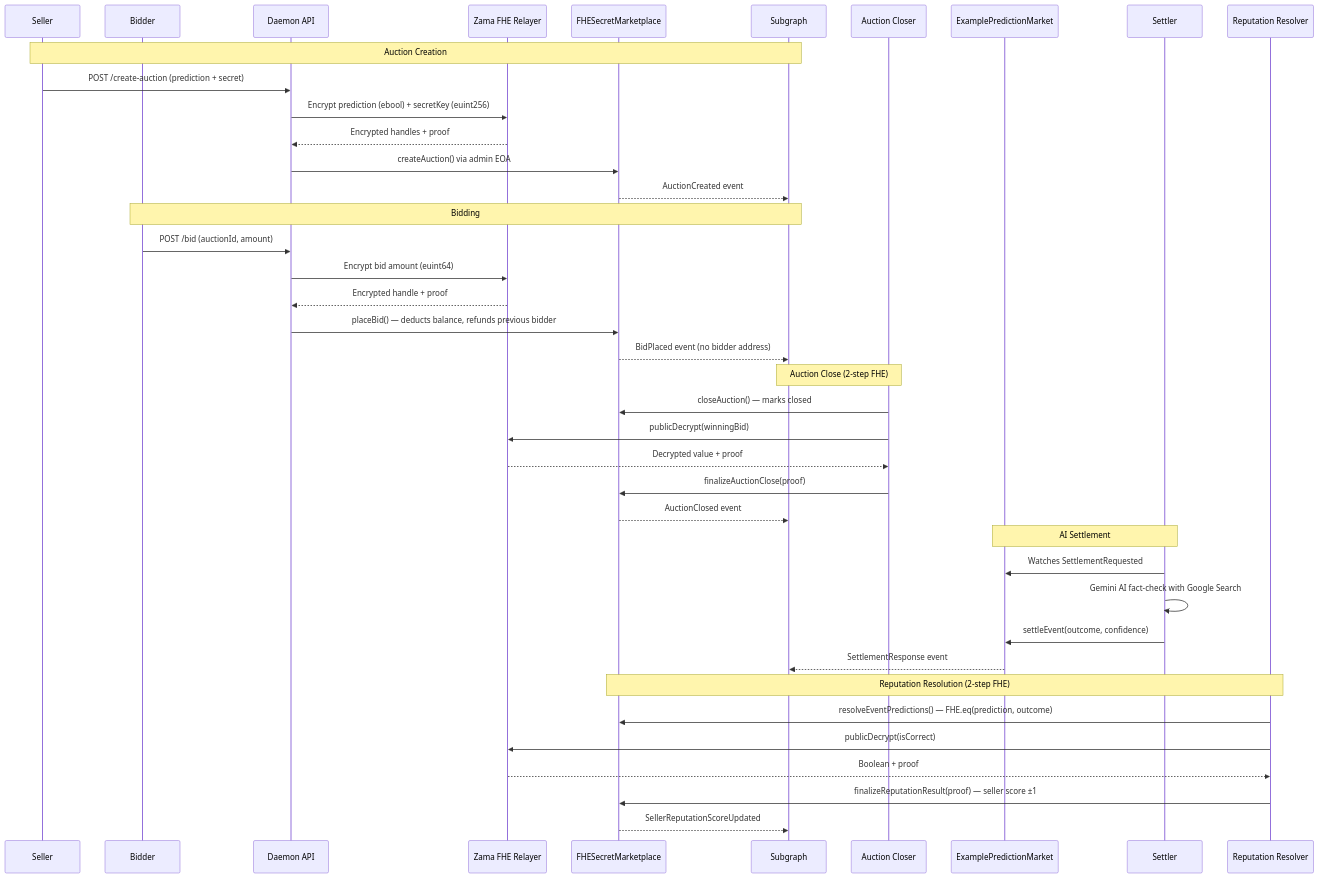
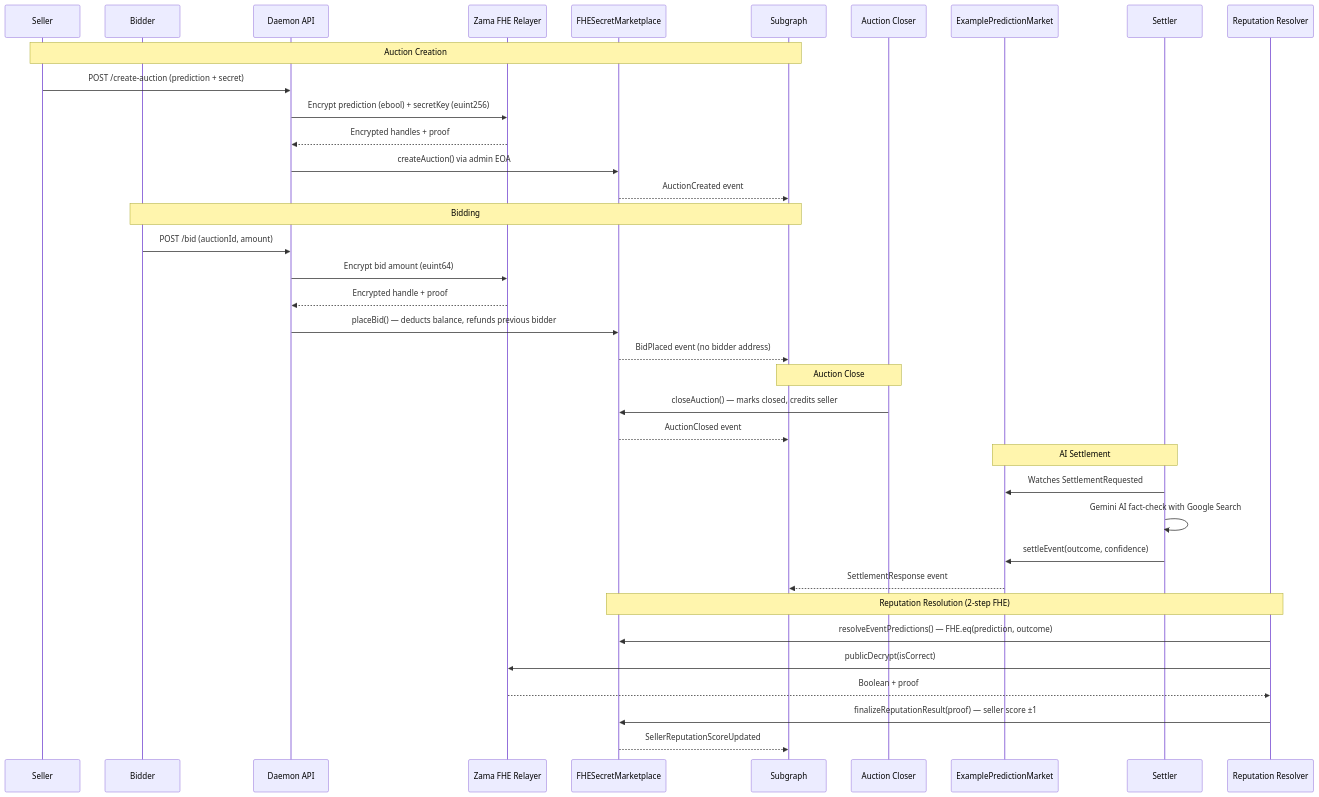
One commit to PL-Genesis-2026/insider-streams changed the second of 2 diagrams in README.md. Above: the diagram before and after it, drawn with Mermaid. The commit also changed other lines of this file, not shown here.

Commit message:
Fix auction closer diagram to match actual daemon behavior
The Auction Closer only calls closeAuction() — it does not perform
FHE decryption or call finalizeAuctionClose(). Remove the inaccurate
2-step FHE flow from both the architecture flowchart and sequence diagram.

````diff
--- a/README.md
+++ b/README.md
@@ -89,47 +88,44 @@
 ```mermaid
 sequenceDiagram
     participant Seller
     participant Bidder
     participant API as Daemon API
     participant FHE as Zama FHE Relayer
     participant MKT as FHESecretMarketplace
     participant SUB as Subgraph
     participant AC as Auction Closer
     participant PM as ExamplePredictionMarket
     participant STL as Settler
     participant RR as Reputation Resolver
 
     Note over Seller,SUB: Auction Creation
     Seller->>API: POST /create-auction (prediction + secret)
     API->>FHE: Encrypt prediction (ebool) + secretKey (euint256)
     FHE-->>API: Encrypted handles + proof
     API->>MKT: createAuction() via admin EOA
     MKT-->>SUB: AuctionCreated event
 
     Note over Bidder,SUB: Bidding
     Bidder->>API: POST /bid (auctionId, amount)
     API->>FHE: Encrypt bid amount (euint64)
     FHE-->>API: Encrypted handle + proof
     API->>MKT: placeBid() — deducts balance, refunds previous bidder
     MKT-->>SUB: BidPlaced event (no bidder address)
 
-    Note over AC,SUB: Auction Close (2-step FHE)
-    AC->>MKT: closeAuction() — marks closed
-    AC->>FHE: publicDecrypt(winningBid)
-    FHE-->>AC: Decrypted value + proof
-    AC->>MKT: finalizeAuctionClose(proof)
+    Note over AC,SUB: Auction Close
+    AC->>MKT: closeAuction() — marks closed, credits seller
     MKT-->>SUB: AuctionClosed event
 
     Note over STL,PM: AI Settlement
     STL->>PM: Watches SettlementRequested
     STL->>STL: Gemini AI fact-check with Google Search
     STL->>PM: settleEvent(outcome, confidence)
     PM-->>SUB: SettlementResponse event
 
     Note over RR,MKT: Reputation Resolution (2-step FHE)
     RR->>MKT: resolveEventPredictions() — FHE.eq(prediction, outcome)
     RR->>FHE: publicDecrypt(isCorrect)
     FHE-->>RR: Boolean + proof
     RR->>MKT: finalizeReputationResult(proof) — seller score ±1
     MKT-->>SUB: SellerReputationScoreUpdated
 ```
````
